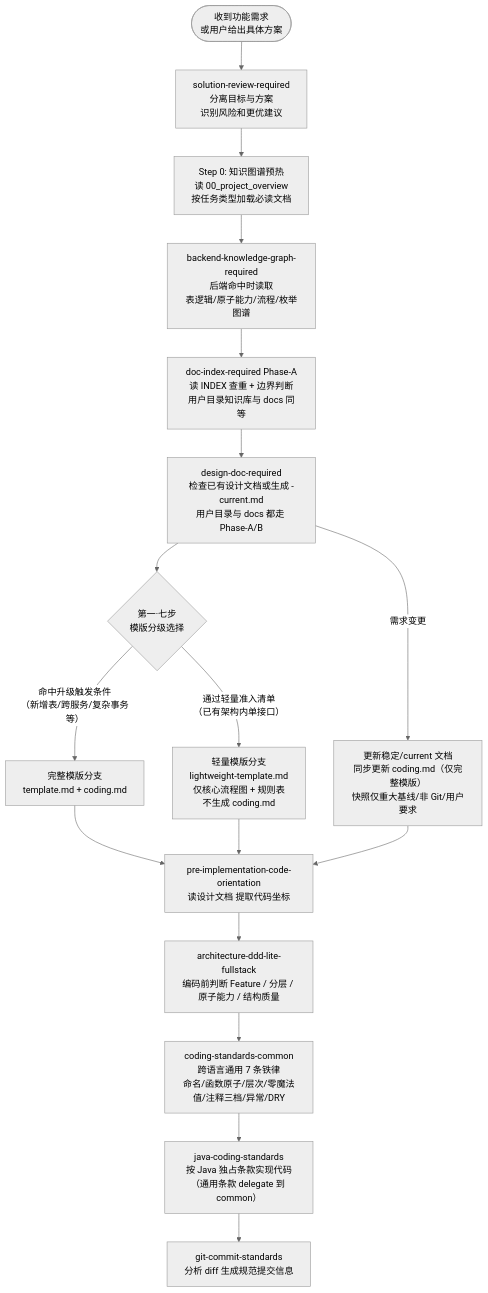
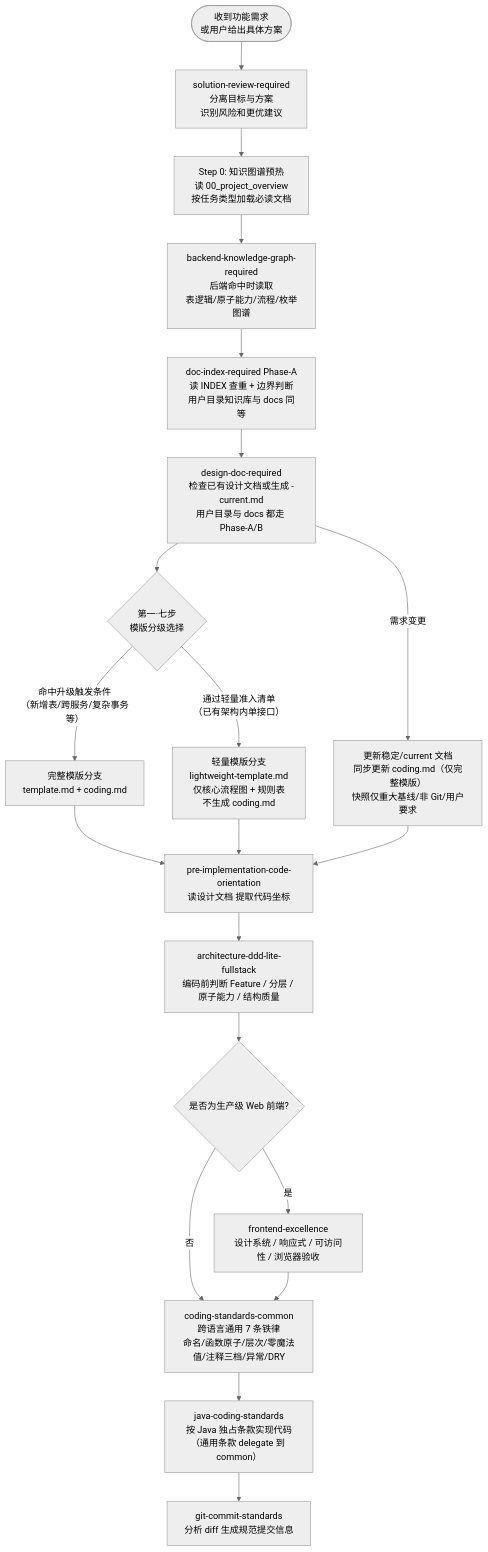
The second of 5 diagrams in docs/skill-flow.md (exception-coder/team-standards), drawn with Mermaid (neutral theme) before and after one commit. The commit also changed other lines of this file and 20 other files, not shown here.

````diff
--- a/docs/skill-flow.md
+++ b/docs/skill-flow.md
@@ -141,22 +147,25 @@
 ```mermaid
 flowchart TD
     START(["收到功能需求\n或用户给出具体方案"]) --> SRR["solution-review-required\n分离目标与方案\n识别风险和更优建议"]
     SRR --> CTX["Step 0: 知识图谱预热\n读 00_project_overview\n按任务类型加载必读文档"]
     CTX --> BKG["backend-knowledge-graph-required\n后端命中时读取\n表逻辑/原子能力/流程/枚举图谱"]
     BKG --> DOP["doc-index-required Phase-A\n读 INDEX 查重 + 边界判断\n用户目录知识库与 docs 同等"]
     DOP --> DDR["design-doc-required\n检查已有设计文档或生成 -current.md\n用户目录与 docs 都走 Phase-A/B"]
 
     DDR --> WEIGHT{"第一·七步\n模版分级选择"}
     WEIGHT -- "命中升级触发条件\n（新增表/跨服务/复杂事务等）" --> HEAVY["完整模版分支\ntemplate.md + coding.md"]
     WEIGHT -- "通过轻量准入清单\n（已有架构内单接口）" --> LIGHT["轻量模版分支\nlightweight-template.md\n仅核心流程图 + 规则表\n不生成 coding.md"]
     HEAVY --> ORIENT["pre-implementation-code-orientation\n读设计文档 提取代码坐标"]
     LIGHT --> ORIENT
 
     DDR -- "需求变更" --> NEWVER["更新稳定/current 文档\n同步更新 coding.md（仅完整模版）\n快照仅重大基线/非 Git/用户要求"]
     NEWVER --> ORIENT
 
     ORIENT --> ARCH["architecture-ddd-lite-fullstack\n编码前判断 Feature / 分层 / 原子能力 / 结构质量"]
-    ARCH --> CSC["coding-standards-common\n跨语言通用 7 条铁律\n命名/函数原子/层次/零魔法值/注释三档/异常/DRY"]
+    ARCH --> WEB{"是否为生产级 Web 前端?"}
+    WEB -- "是" --> FEX["frontend-excellence\n设计系统 / 响应式 / 可访问性 / 浏览器验收"]
+    WEB -- "否" --> CSC["coding-standards-common\n跨语言通用 7 条铁律\n命名/函数原子/层次/零魔法值/注释三档/异常/DRY"]
+    FEX --> CSC
     CSC --> CODE["java-coding-standards\n按 Java 独占条款实现代码\n（通用条款 delegate 到 common）"]
     CODE --> COMMIT["git-commit-standards\n分析 diff 生成规范提交信息"]
 ```
````
